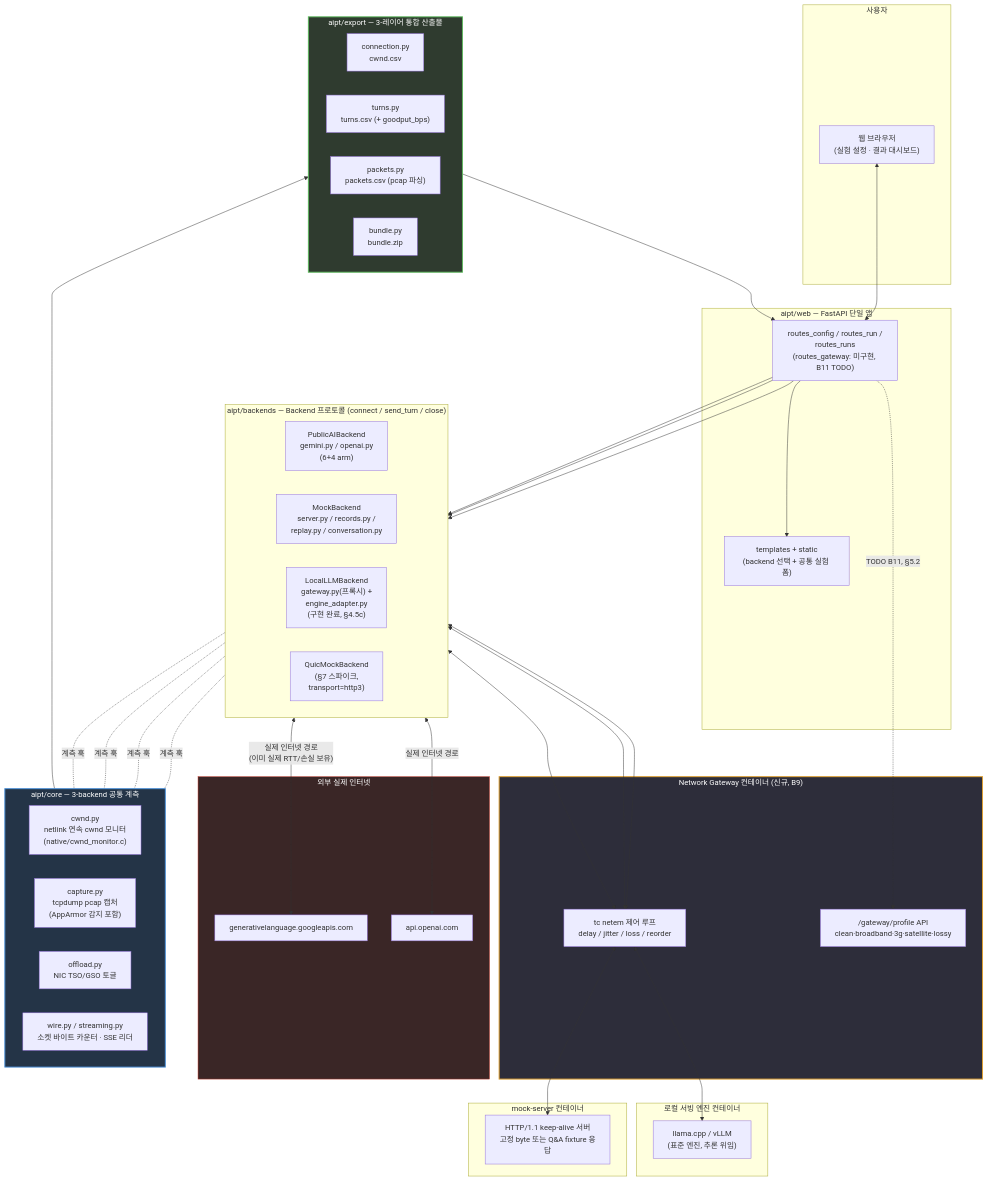
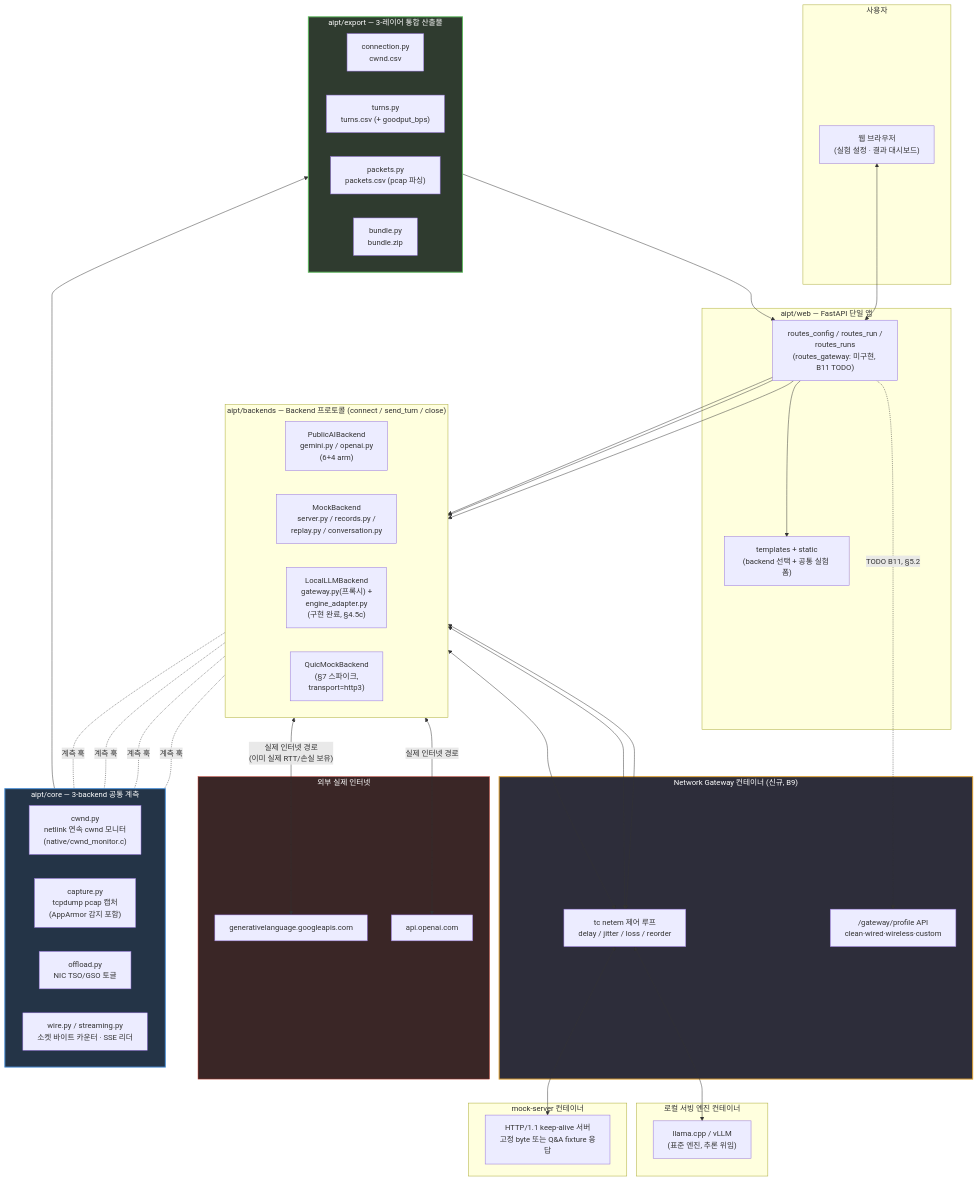
One commit to sangrokhan/remote_work changed the first of 2 diagrams in AIPT/DESIGN.md. Above: the diagram before and after it, drawn with Mermaid. The commit also changed other lines of this file and 20 other files, not shown here.

````diff
--- a/AIPT/DESIGN.md
+++ b/AIPT/DESIGN.md
@@ -354,82 +354,82 @@
 ```mermaid
 flowchart TB
     subgraph USER["사용자"]
         Browser["웹 브라우저<br/>(실험 설정 · 결과 대시보드)"]
     end
 
     subgraph WEBAPP["aipt/web — FastAPI 단일 앱"]
         Routes["routes_config / routes_run /<br/>routes_runs<br/>(routes_gateway: 미구현, B11 TODO)"]
         Templates["templates + static<br/>(backend 선택 + 공통 실험 폼)"]
     end
 
     subgraph BACKENDS["aipt/backends — Backend 프로토콜 (connect / send_turn / close)"]
         direction LR
         PublicAI["PublicAIBackend<br/>gemini.py / openai.py<br/>(6+4 arm)"]
         Mock["MockBackend<br/>server.py / records.py /<br/>replay.py / conversation.py"]
         LocalLLM["LocalLLMBackend<br/>gateway.py(프록시) +<br/>engine_adapter.py<br/>(구현 완료, §4.5c)"]
         QuicMock["QuicMockBackend<br/>(§7 스파이크,<br/>transport=http3)"]
     end
 
     subgraph GATEWAY["Network Gateway 컨테이너 (신규, B9)"]
         Netem["tc netem 제어 루프<br/>delay / jitter / loss / reorder"]
-        ProfileAPI["/gateway/profile API<br/>clean·broadband·3g·satellite·lossy"]
+        ProfileAPI["/gateway/profile API<br/>clean·wired·wireless·custom"]
     end
 
     subgraph EXT["외부 실제 인터넷"]
         Gemini["generativelanguage.googleapis.com"]
         OpenAI["api.openai.com"]
     end
 
     subgraph MOCKSRV["mock-server 컨테이너"]
         MockServer["HTTP/1.1 keep-alive 서버<br/>고정 byte 또는 Q&A fixture 응답"]
     end
 
     subgraph LLMSRV["로컬 서빙 엔진 컨테이너"]
         Engine["llama.cpp / vLLM<br/>(표준 엔진, 추론 위임)"]
     end
 
     subgraph CORE["aipt/core — 3-backend 공통 계측"]
         direction LR
         Cwnd["cwnd.py<br/>netlink 연속 cwnd 모니터<br/>(native/cwnd_monitor.c)"]
         Capture["capture.py<br/>tcpdump pcap 캡처<br/>(AppArmor 감지 포함)"]
         Offload["offload.py<br/>NIC TSO/GSO 토글"]
         Wire["wire.py / streaming.py<br/>소켓 바이트 카운터 · SSE 리더"]
     end
 
     subgraph EXPORT["aipt/export — 3-레이어 통합 산출물"]
         direction LR
         Connection["connection.py<br/>cwnd.csv"]
         Turns["turns.py<br/>turns.csv (+ goodput_bps)"]
         Packets["packets.py<br/>packets.csv (pcap 파싱)"]
         Bundle["bundle.py<br/>bundle.zip"]
     end
 
     Browser <--> Routes
     Routes --> Templates
     Routes --> PublicAI
     Routes --> Mock
     Routes --> LocalLLM
     Routes -.->|"TODO B11, §5.2"| ProfileAPI
 
     PublicAI <-->|"실제 인터넷 경로<br/>(이미 실제 RTT/손실 보유)"| Gemini
     PublicAI <-->|"실제 인터넷 경로"| OpenAI
 
     Mock <--> Netem
     LocalLLM <--> Netem
     QuicMock <--> Netem
     Netem <--> MockServer
     Netem <--> Engine
 
     PublicAI -. 계측 훅 .- CORE
     Mock -. 계측 훅 .- CORE
     LocalLLM -. 계측 훅 .- CORE
     QuicMock -. 계측 훅 .- CORE
 
     CORE --> EXPORT
     EXPORT --> Routes
 
     style GATEWAY fill:#2d2d3a,stroke:#e0a030,stroke-width:2px,color:#fff
     style CORE fill:#243447,stroke:#4a90d9,stroke-width:2px,color:#fff
     style EXPORT fill:#2f3b2f,stroke:#5cb85c,stroke-width:2px,color:#fff
     style EXT fill:#3a2626,stroke:#c0392b,stroke-width:1px,color:#fff
 ```
````
